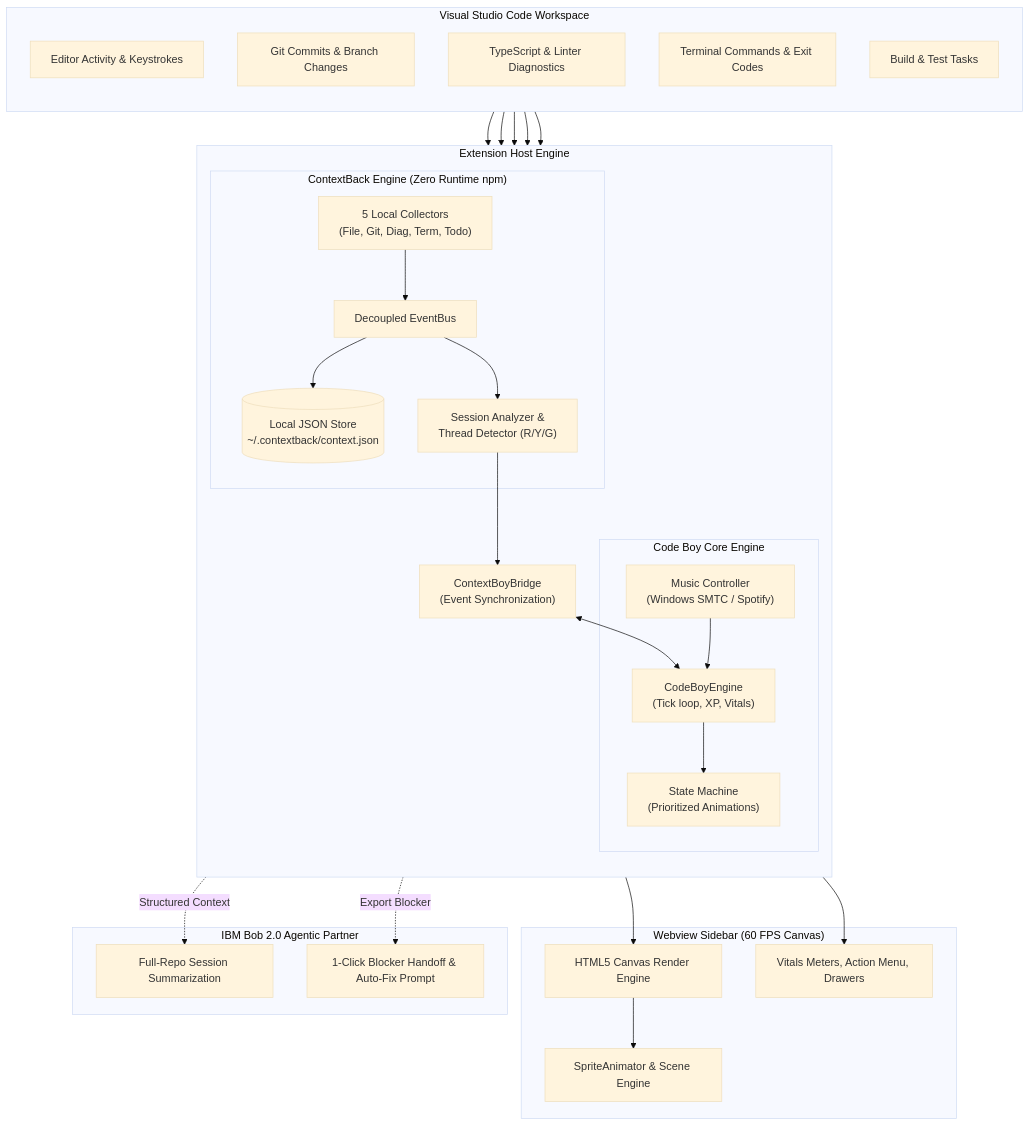
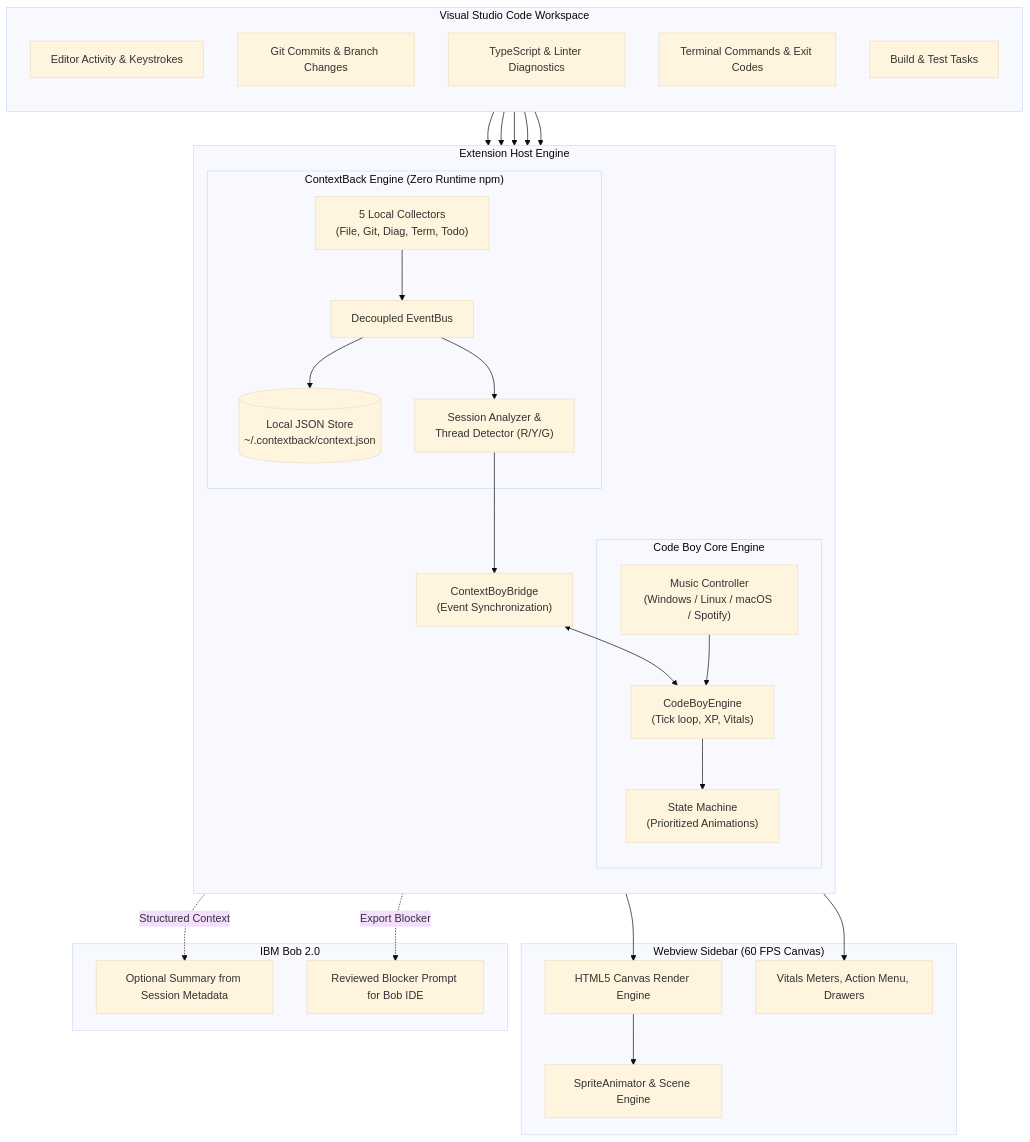
Before and after one commit to AbetikDev/Code-Boy: the first of 3 diagrams in README.md, drawn with Mermaid (base theme). The commit also changed other lines of this file and 38 other files, not shown here.

````diff
--- a/README.md
+++ b/README.md
@@ -72,62 +72,62 @@
 ```mermaid
 flowchart TB
     subgraph VSCode["Visual Studio Code Workspace"]
         direction TB
         EditorEvents["Editor Activity & Keystrokes"]
         GitState["Git Commits & Branch Changes"]
         DiagEvents["TypeScript & Linter Diagnostics"]
         TermEvents["Terminal Commands & Exit Codes"]
         TaskEvents["Build & Test Tasks"]
     end
 
     subgraph CoreBridge["Extension Host Engine"]
         direction TB
         subgraph ContextBack["ContextBack Engine (Zero Runtime npm)"]
             Collectors["5 Local Collectors\n(File, Git, Diag, Term, Todo)"]
             EventBus["Decoupled EventBus"]
             DB[("Local JSON Store\n~/.contextback/context.json")]
             Analyzer["Session Analyzer &\nThread Detector (R/Y/G)"]
         end
 
         Bridge["ContextBoyBridge\n(Event Synchronization)"]
 
         subgraph CodeBoy["Code Boy Core Engine"]
             Engine["CodeBoyEngine\n(Tick loop, XP, Vitals)"]
             StateMachine["State Machine\n(Prioritized Animations)"]
-            MusicCtrl["Music Controller\n(Windows SMTC / Spotify)"]
+            MusicCtrl["Music Controller\n(Windows / Linux / macOS / Spotify)"]
         end
     end
 
     subgraph AmbientUI["Webview Sidebar (60 FPS Canvas)"]
         CanvasEngine["HTML5 Canvas Render Engine"]
         SpriteAnim["SpriteAnimator & Scene Engine"]
         ActionUI["Vitals Meters, Action Menu, Drawers"]
     end
 
-    subgraph IBMBob["IBM Bob 2.0 Agentic Partner"]
-        BobSummary["Full-Repo Session Summarization"]
-        BobHandoff["1-Click Blocker Handoff & Auto-Fix Prompt"]
+    subgraph IBMBob["IBM Bob 2.0"]
+        BobSummary["Optional Summary from Session Metadata"]
+        BobHandoff["Reviewed Blocker Prompt for Bob IDE"]
     end
 
     EditorEvents --> Collectors
     GitState --> Collectors
     DiagEvents --> Collectors
     TermEvents --> Collectors
     TaskEvents --> Collectors
 
     Collectors --> EventBus
     EventBus --> DB
     EventBus --> Analyzer
     Analyzer --> Bridge
 
     Bridge <--> Engine
     Engine --> StateMachine
     MusicCtrl --> Engine
 
     StateMachine --> CanvasEngine
     Engine --> ActionUI
     CanvasEngine --> SpriteAnim
 
     Analyzer -. "Structured Context" .-> BobSummary
     Bridge -. "Export Blocker" .-> BobHandoff
 ```
````
